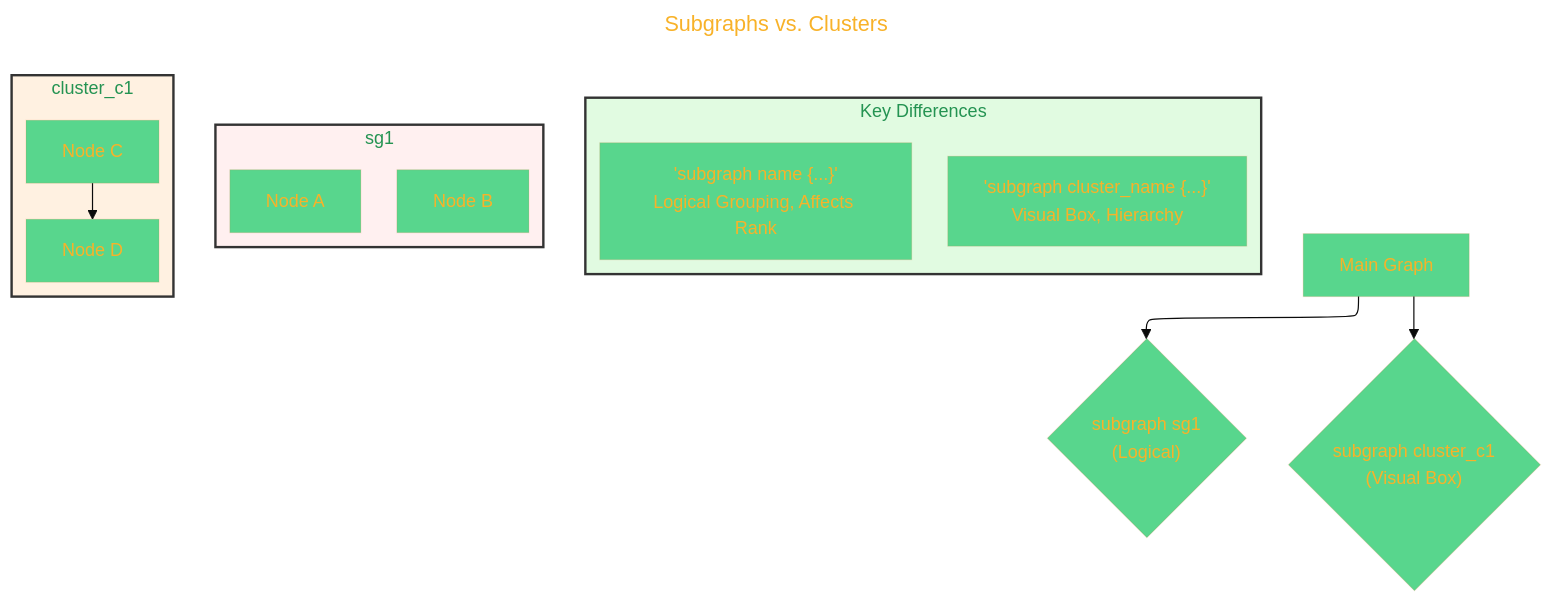
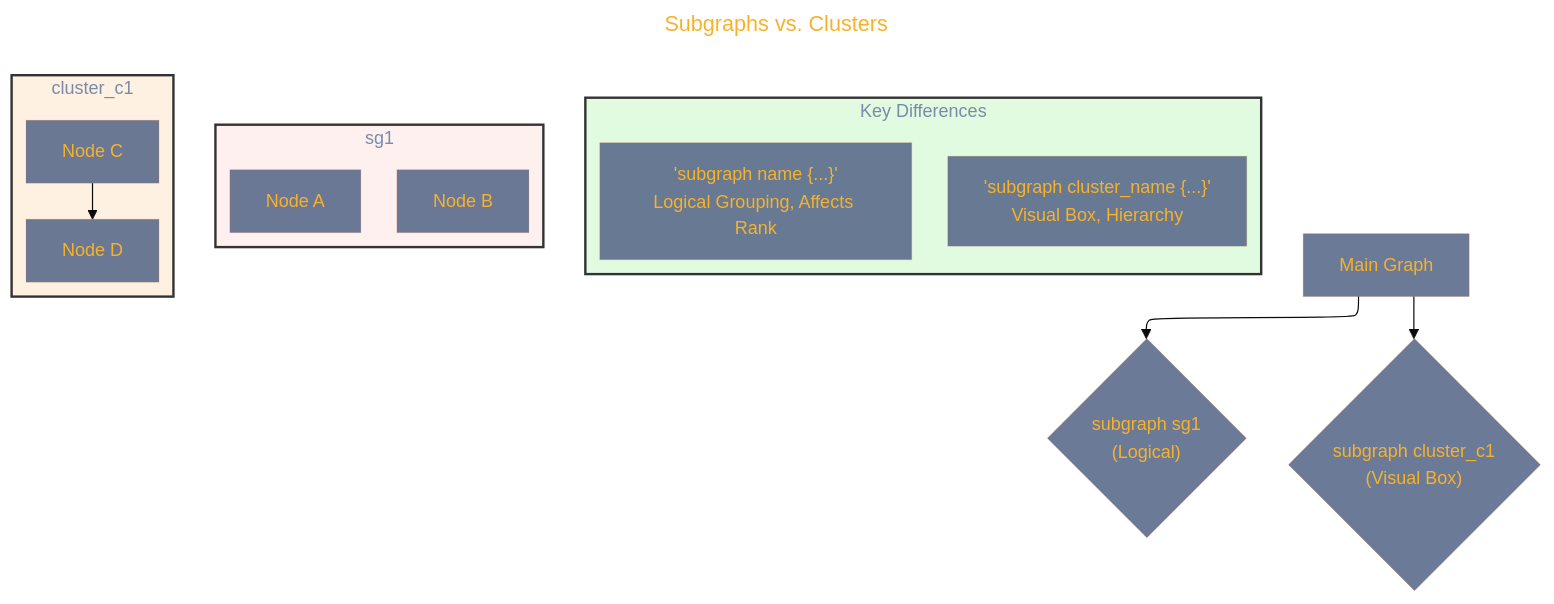
One commit to CongLeSolutionX/The-Language-Atlas changed the third of 9 diagrams in regions/DOT_language/PART_2/Gallery_of_DOT_Concepts.md. Above: the diagram before and after it, drawn with Mermaid. The commit also changed other lines of this file and 1 other file, not shown here.

````diff
--- a/regions/DOT_language/PART_2/Gallery_of_DOT_Concepts.md
+++ b/regions/DOT_language/PART_2/Gallery_of_DOT_Concepts.md
@@ -118,50 +118,50 @@
 ```mermaid
 ---
 title: "Subgraphs vs. Clusters"
 author: "Cong Le"
 version: "1.0"
 license(s): "MIT, CC BY 4.0"
 copyright: "Copyright (c) 2025 Cong Le. All Rights Reserved."
 config:
   layout: elk
   theme: base
 ---
 %%%%%%%% Mermaid version v11.4.1-b.14
 %%{
   init: {
     'fontFamily': 'Monaco',
     'themeVariables': {
-      'primaryColor': '#58D68D',
+      'primaryColor': '#568D',
       'primaryTextColor': '#F8B229',
       'primaryBorderColor': '#E622',
       'secondaryColor': '#E22F',
       'secondaryTextColor': '#6C3483',
       'secondaryBorderColor': '#A569BD',
       'fontSize': '15px'
     }
   }
 }%%
 graph TD
     A["Main Graph"] --> SB1{"subgraph sg1<br/>(Logical)"}
     A --> SB2{"subgraph cluster_c1<br/>(Visual Box)"}
 
     subgraph Key_Differences["Key Differences"]
     style Key_Differences fill:#2D22,stroke:#333,stroke-width:2px
         SGS["'subgraph name {...}'<br/>Logical Grouping, Affects Rank"]
         CLS["'subgraph cluster_name {...}'<br/>Visual Box, Hierarchy"]
     end
 
     subgraph sg1_Visual["sg1"]
     style sg1_Visual fill:#f221,stroke:#333,stroke-width:2px
       N1["Node A"]
       N2["Node B"]
     end
 
     subgraph cluster_c1_Visual["cluster_c1"]
     style cluster_c1_Visual fill:#f922,stroke:#333,stroke-width:2px
         C1["Node C"]
         C2["Node D"]
         C1 --> C2
     end
     
 ```
````
